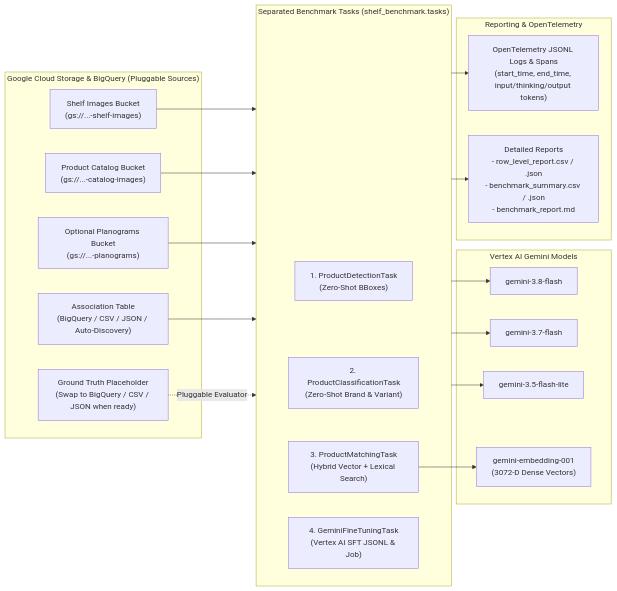
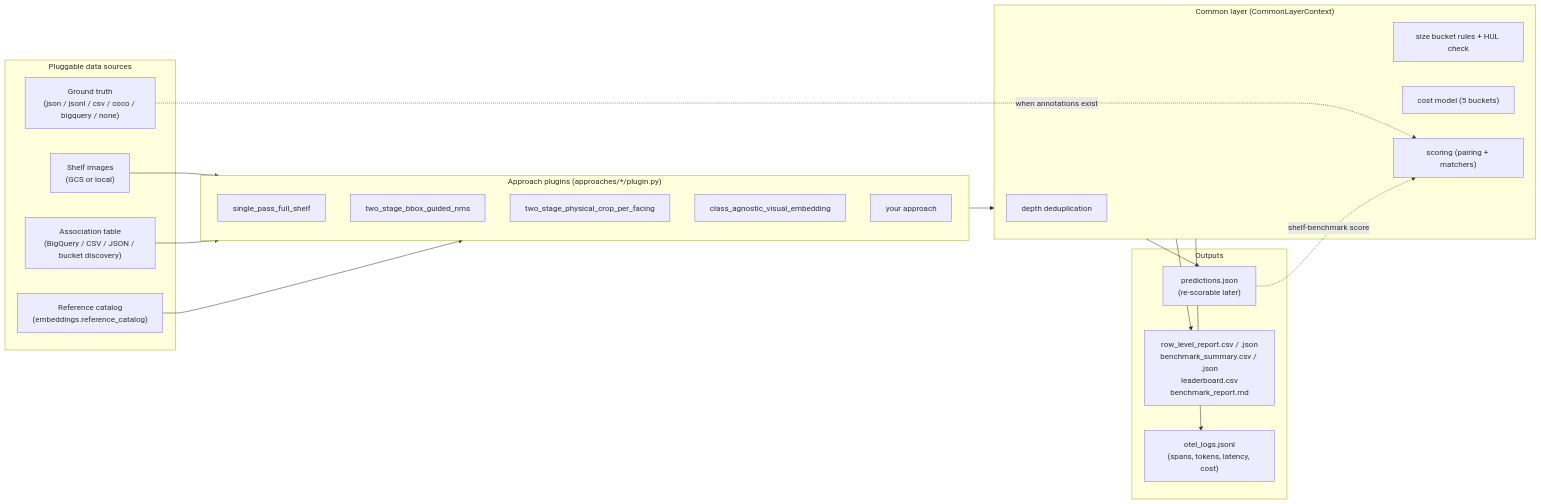
The diagram in README.md (jigyasujuneja/unilever-shelf-understanding-e2e), drawn with Mermaid before and after one commit. The commit also changed other lines of this file and 87 other files, not shown here.

````diff
--- a/README.md
+++ b/README.md
@@ -16,36 +235,36 @@
 ```mermaid
 flowchart LR
-    subgraph GCP["Google Cloud Storage & BigQuery (Pluggable Sources)"]
-        B1["Shelf Images Bucket\n(gs://...-shelf-images)"]
-        B2["Product Catalog Bucket\n(gs://...-catalog-images)"]
-        B3["Optional Planograms Bucket\n(gs://...-planograms)"]
-        ASSOC["Association Table\n(BigQuery / CSV / JSON / Auto-Discovery)"]
-        GT["Ground Truth Placeholder\n(Swap to BigQuery / CSV / JSON when ready)"]
+    subgraph Sources["Pluggable data sources"]
+        IMG["Shelf images<br/>(GCS or local)"]
+        ASSOC["Association table<br/>(BigQuery / CSV / JSON / bucket discovery)"]
+        GT["Ground truth<br/>(json / jsonl / csv / coco / bigquery / none)"]
+        CAT["Reference catalog<br/>(embeddings.reference_catalog)"]
     end
 
-    subgraph Tasks["Separated Benchmark Tasks (shelf_benchmark.tasks)"]
-        T1["1. ProductDetectionTask\n(Zero-Shot BBoxes)"]
-        T2["2. ProductClassificationTask\n(Zero-Shot Brand & Variant)"]
-        T3["3. ProductMatchingTask\n(Hybrid Vector + Lexical Search)"]
-        T4["4. GeminiFineTuningTask\n(Vertex AI SFT JSONL & Job)"]
+    subgraph Approaches["Approach plugins (approaches/*/plugin.py)"]
+        A1["single_pass_full_shelf"]
+        A2["two_stage_bbox_guided_nms"]
+        A3["two_stage_physical_crop_per_facing"]
+        A4["class_agnostic_visual_embedding"]
+        A5["your approach"]
     end
 
-    subgraph Models["Vertex AI Gemini Models"]
-        M1["gemini-3.8-flash"]
-        M2["gemini-3.7-flash"]
-        M3["gemini-3.5-flash-lite"]
-        EMB["gemini-embedding-001\n(3072-D Dense Vectors)"]
+    subgraph Common["Common layer (CommonLayerContext)"]
+        C1["depth deduplication"]
+        C2["size bucket rules + HUL check"]
+        C3["cost model (5 buckets)"]
+        C4["scoring (pairing + matchers)"]
     end
 
-    subgraph Observability["Reporting & OpenTelemetry"]
-        OTEL["OpenTelemetry JSONL Logs & Spans\n(start_time, end_time, input/thinking/output tokens)"]
-        REP["Detailed Reports\n- row_level_report.csv / .json\n- benchmark_summary.csv / .json\n- benchmark_report.md"]
+    subgraph Out["Outputs"]
+        P["predictions.json<br/>(re-scorable later)"]
+        R["row_level_report.csv / .json<br/>benchmark_summary.csv / .json<br/>leaderboard.csv<br/>benchmark_report.md"]
+        O["otel_logs.jsonl<br/>(spans, tokens, latency, cost)"]
     end
 
-    B1 & B2 & B3 & ASSOC --> Tasks
-    Tasks --> M1 & M2 & M3
-    T3 --> EMB
-    GT -.->|"Pluggable Evaluator"| Tasks
-    Tasks --> OTEL
-    Tasks --> REP
+    IMG & ASSOC & CAT --> Approaches
+    Approaches --> Common
+    GT -.->|"when annotations exist"| C4
+    Common --> P & R & O
+    P -.->|"shelf-benchmark score"| C4
 ```
````
